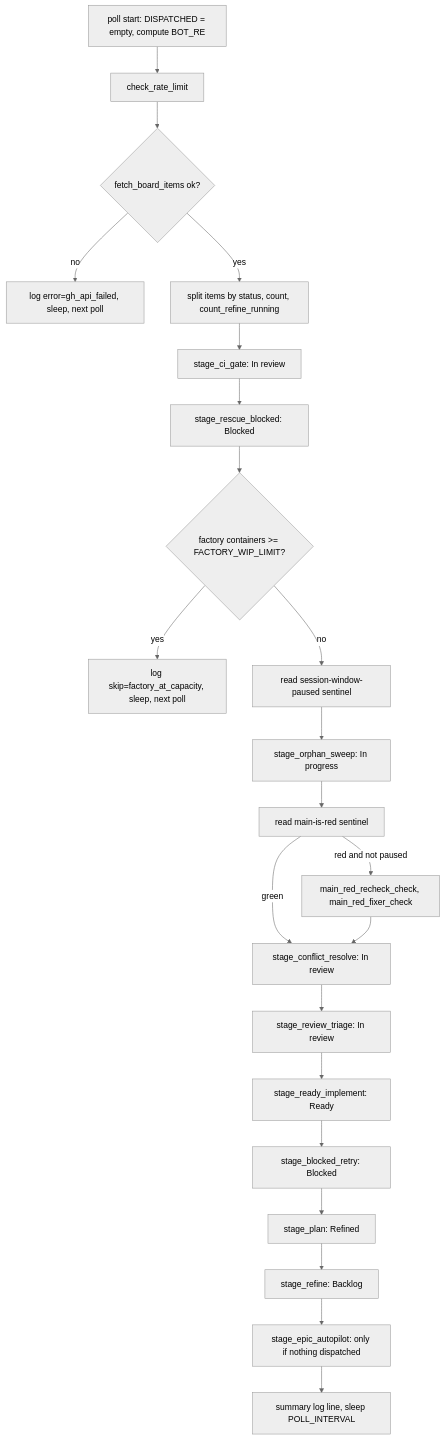
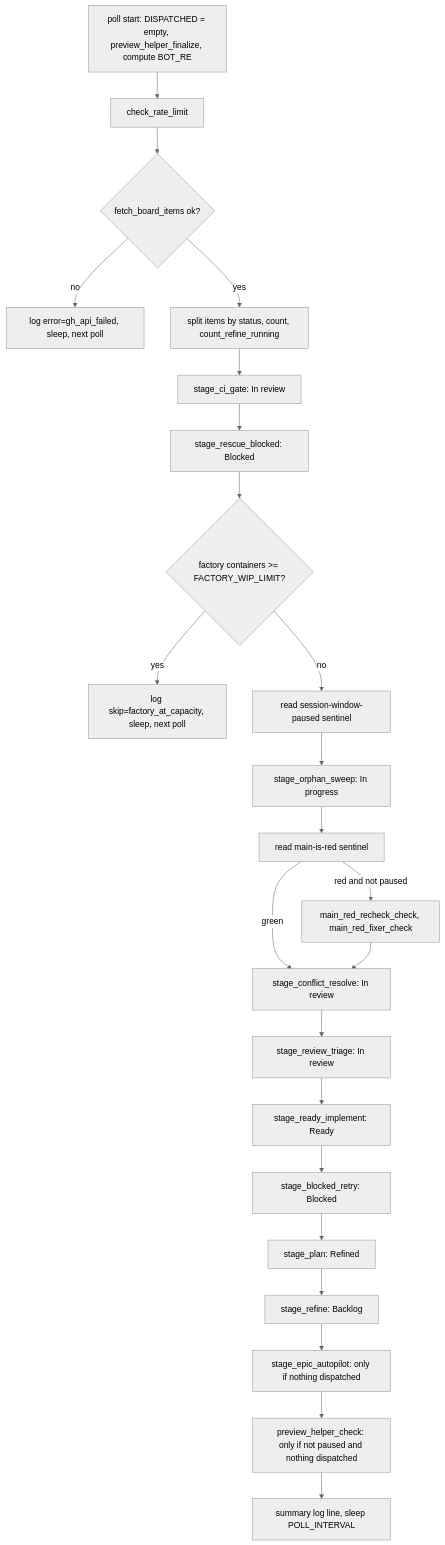
One commit to omniscient/dark-factory changed the diagram in docs/scheduler.md. Above: the diagram before and after it, drawn with Mermaid (neutral theme). The commit also changed other lines of this file and 7 other files, not shown here.

First line of the commit message:
docs(#587): the preview-helper lane — documentation-only config key, its four variables, activation, poll order

````diff
--- a/docs/scheduler.md
+++ b/docs/scheduler.md
@@ -99,24 +99,25 @@
 ```mermaid
 flowchart TD
-    A[poll start: DISPATCHED = empty, compute BOT_RE] --> B[check_rate_limit]
+    A[poll start: DISPATCHED = empty, preview_helper_finalize, compute BOT_RE] --> B[check_rate_limit]
     B --> C{fetch_board_items ok?}
     C -- no --> Z1[log error=gh_api_failed, sleep, next poll]
     C -- yes --> D[split items by status, count, count_refine_running]
     D --> E[stage_ci_gate: In review]
     E --> F[stage_rescue_blocked: Blocked]
     F --> G{factory containers >= FACTORY_WIP_LIMIT?}
     G -- yes --> Z2[log skip=factory_at_capacity, sleep, next poll]
     G -- no --> H[read session-window-paused sentinel]
     H --> I[stage_orphan_sweep: In progress]
     I --> J[read main-is-red sentinel]
     J -- red and not paused --> K[main_red_recheck_check, main_red_fixer_check]
     J -- green --> L
     K --> L[stage_conflict_resolve: In review]
     L --> M[stage_review_triage: In review]
     M --> N[stage_ready_implement: Ready]
     N --> O[stage_blocked_retry: Blocked]
     O --> P[stage_plan: Refined]
     P --> Q[stage_refine: Backlog]
     Q --> R[stage_epic_autopilot: only if nothing dispatched]
-    R --> S[summary log line, sleep POLL_INTERVAL]
+    R --> R2[preview_helper_check: only if not paused and nothing dispatched]
+    R2 --> S[summary log line, sleep POLL_INTERVAL]
 ```
````
